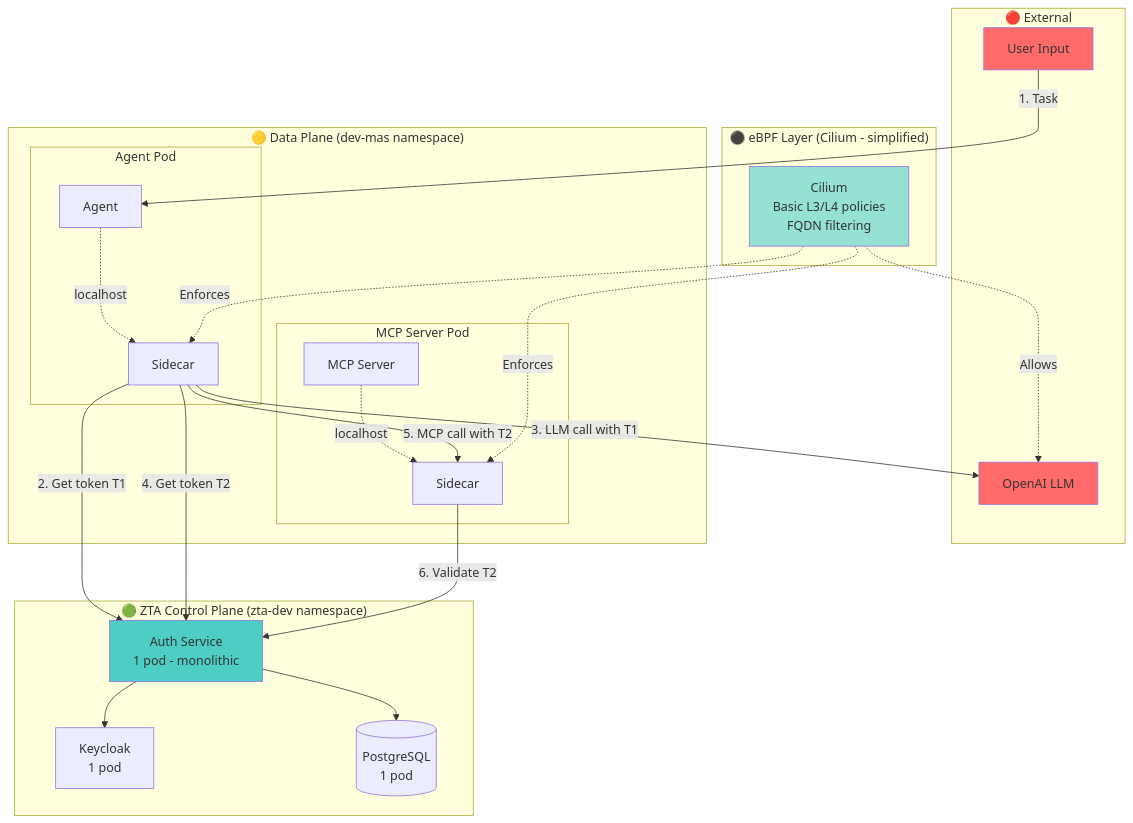
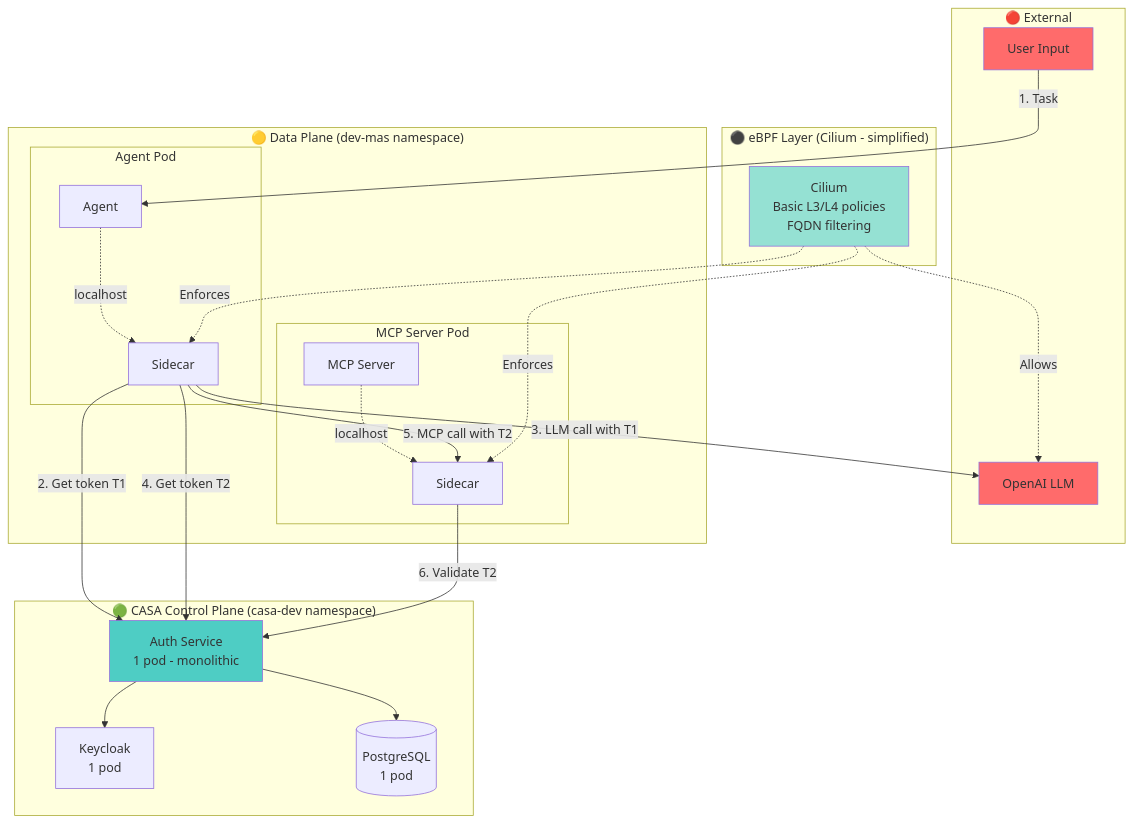
Before and after one commit to outshift-open/CASA: the first of 2 diagrams in contrib/wip/it1/SPECS_HIGH_LEVEL_DEV.md, drawn with Mermaid. The commit also changed other lines of this file and 294 other files, not shown here.

Commit message:
feat: Rename from ZTA to CASA

````diff
--- a/contrib/wip/it1/SPECS_HIGH_LEVEL_DEV.md
+++ b/contrib/wip/it1/SPECS_HIGH_LEVEL_DEV.md
@@ -714,50 +714,50 @@
 ```mermaid
 graph TB
     subgraph "🔴 External"
         USER[User Input]
         LLM[OpenAI LLM]
     end
 
-    subgraph "🟢 ZTA Control Plane (zta-dev namespace)"
+    subgraph "🟢 CASA Control Plane (casa-dev namespace)"
         AUTH[Auth Service<br/>1 pod - monolithic]
         KC[Keycloak<br/>1 pod]
         PG[(PostgreSQL<br/>1 pod)]
 
         AUTH --> KC
         AUTH --> PG
     end
 
     subgraph "🟡 Data Plane (dev-mas namespace)"
         subgraph "Agent Pod"
             AG[Agent]
             AGS[Sidecar]
             AG -.->|localhost| AGS
         end
 
         subgraph "MCP Server Pod"
             MCP[MCP Server]
             MCPS[Sidecar]
             MCP -.->|localhost| MCPS
         end
     end
 
     subgraph "⚫ eBPF Layer (Cilium - simplified)"
         CILIUM[Cilium<br/>Basic L3/L4 policies<br/>FQDN filtering]
     end
 
     USER -->|1. Task| AG
     AGS -->|2. Get token T1| AUTH
     AGS -->|3. LLM call with T1| LLM
     AGS -->|4. Get token T2| AUTH
     AGS -->|5. MCP call with T2| MCPS
     MCPS -->|6. Validate T2| AUTH
 
     CILIUM -.->|Enforces| AGS
     CILIUM -.->|Enforces| MCPS
     CILIUM -.->|Allows| LLM
 
     style USER fill:#ff6b6b
     style LLM fill:#ff6b6b
     style AUTH fill:#4ecdc4
     style CILIUM fill:#95e1d3
 ```
````
